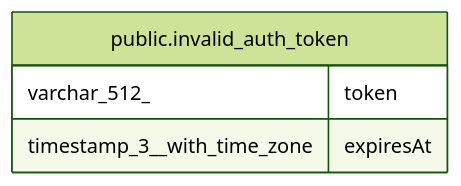
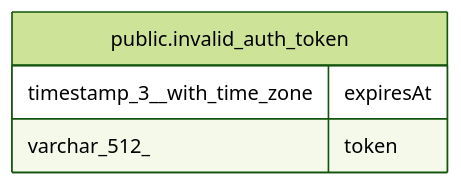
The diagram in docs/generated/postgres-schema/public.invalid_auth_token.md (mayankjain1815-commits/n8n), drawn with Mermaid (forest theme) before and after one commit. The commit also changed other lines of this file and 221 other files, not shown here.

Commit message:
chore(core): Make DB schema docs generation deterministic (#32373)

````diff
--- a/docs/generated/postgres-schema/public.invalid_auth_token.md
+++ b/docs/generated/postgres-schema/public.invalid_auth_token.md
@@ -26,9 +26,9 @@
 ```mermaid
 erDiagram
 
 
 "public.invalid_auth_token" {
+  timestamp_3__with_time_zone expiresAt
   varchar_512_ token
-  timestamp_3__with_time_zone expiresAt
 }
 ```
````
